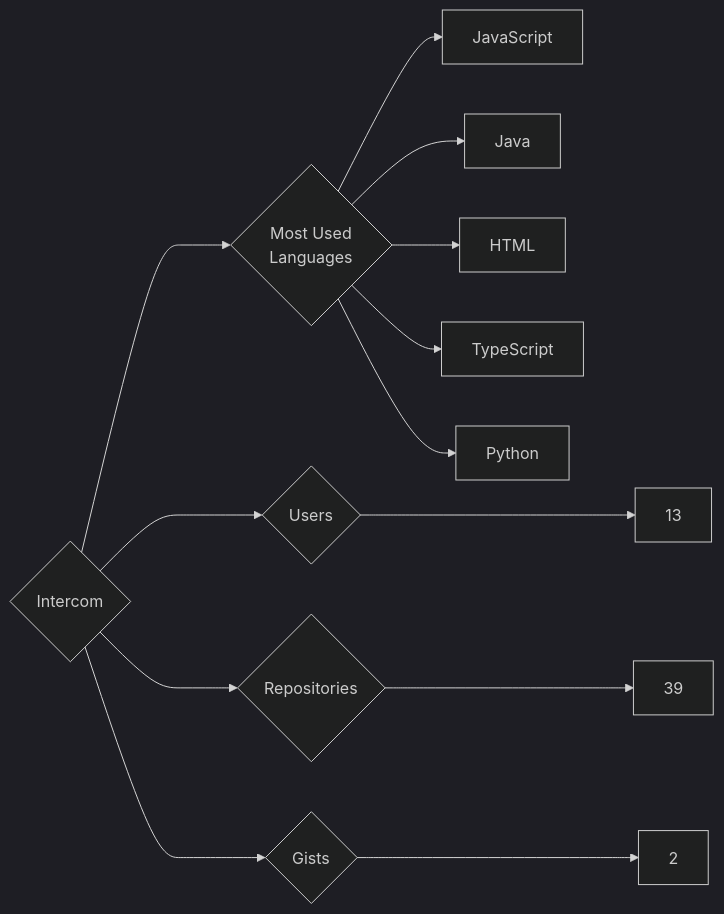
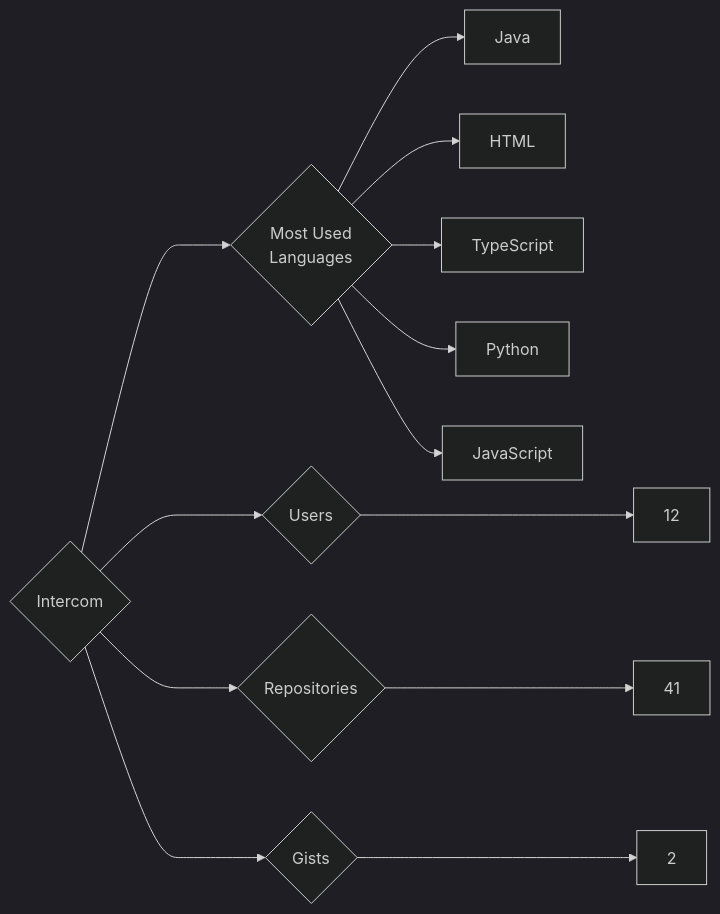
Before and after one commit to trickest/insiders: the diagram in targets/Intercom/README.md, drawn with Mermaid (dark theme). The commit also changed 912 other files, not shown here.

````diff
--- a/targets/Intercom/README.md
+++ b/targets/Intercom/README.md
@@ -3,13 +3,13 @@
 ```mermaid
 graph LR
 COMPANY_NAME{Intercom}
-COMPANY_NAME ---> U{Users} ---> UN[13]
-COMPANY_NAME ---> R{Repositories} ---> RN[39]
+COMPANY_NAME ---> U{Users} ---> UN[12]
+COMPANY_NAME ---> R{Repositories} ---> RN[41]
 COMPANY_NAME ---> G{Gists} ---> GN[2]
 COMPANY_NAME ---> ML{Most Used<br>Languages}
-ML --> JavaScript[JavaScript]
 ML --> Java[Java]
 ML --> HTML[HTML]
 ML --> TypeScript[TypeScript]
 ML --> Python[Python]
+ML --> JavaScript[JavaScript]
 ```
````
